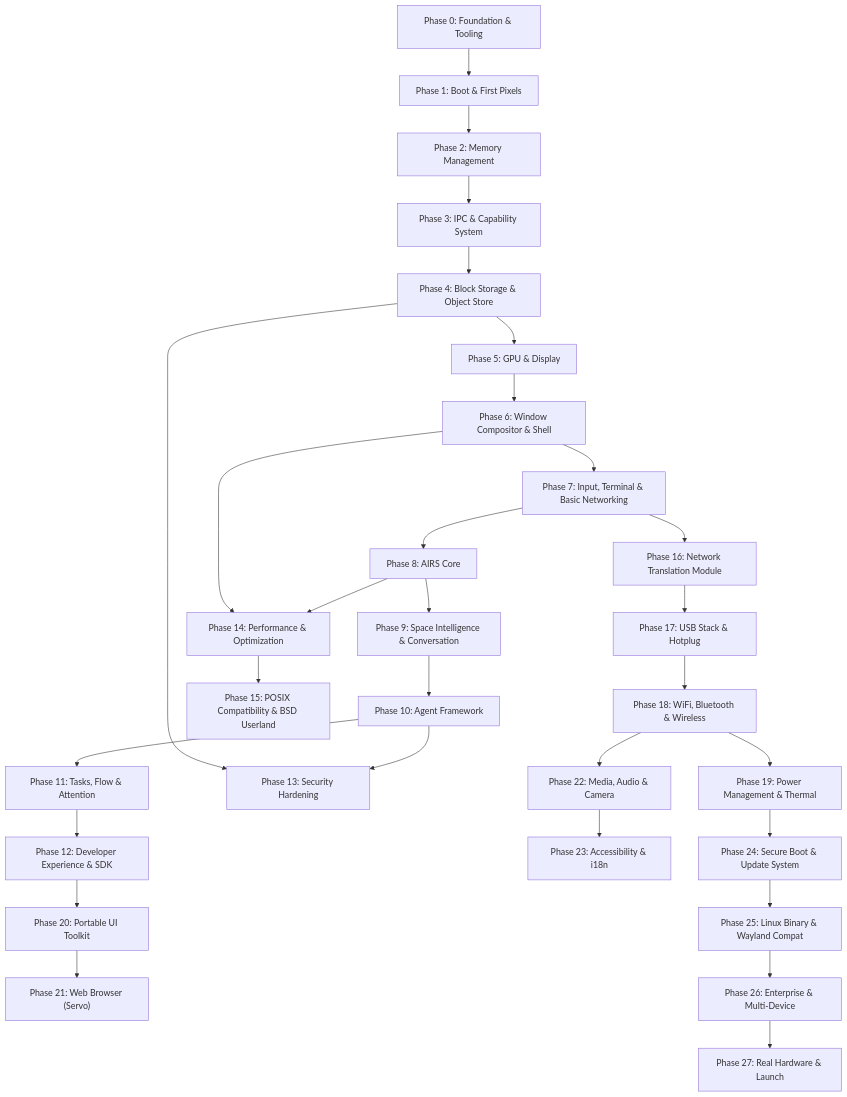
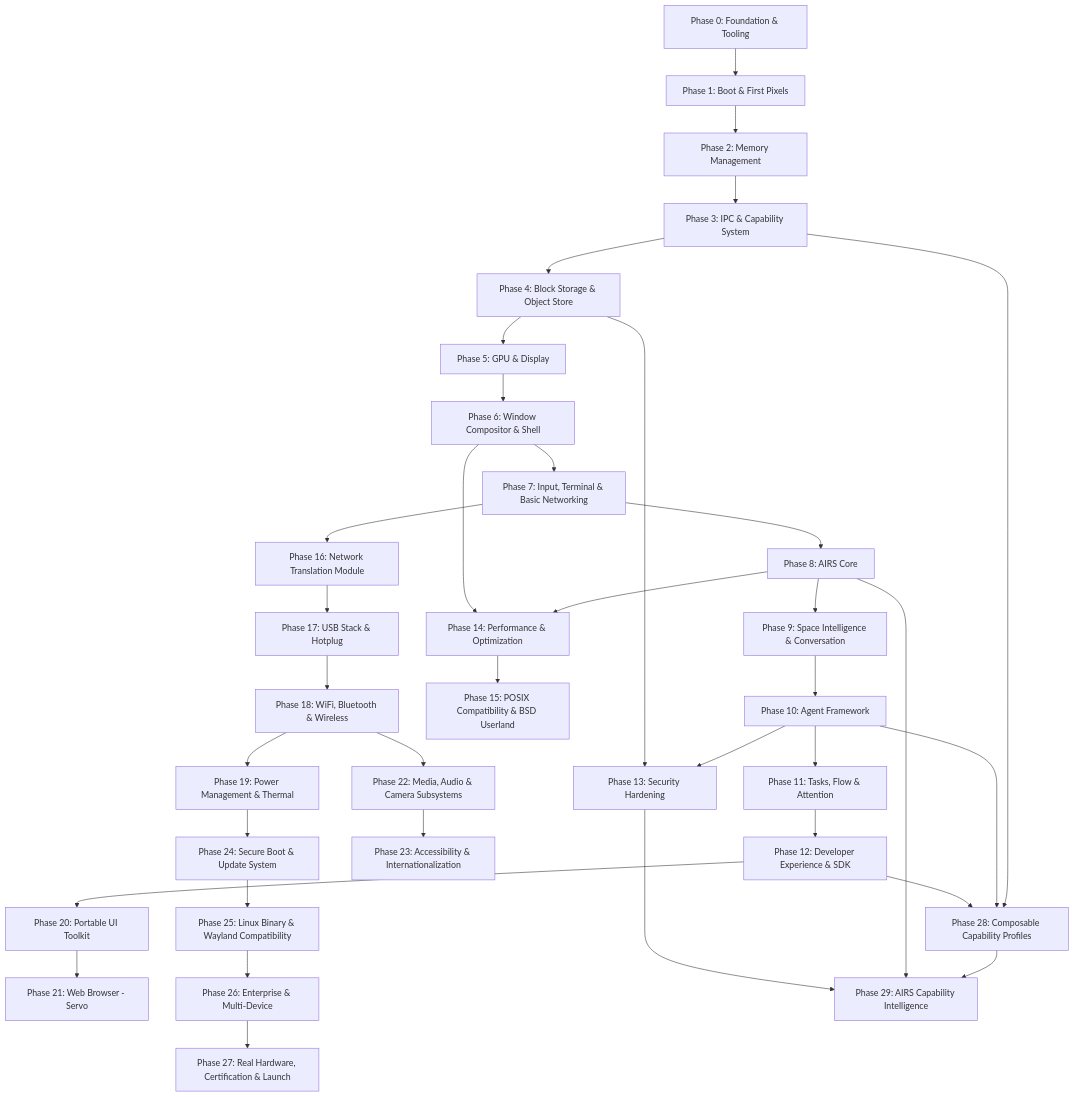
The second of 2 diagrams in docs/project/development-plan.md (juslee/aios), drawn with Mermaid before and after one commit. The commit also changed other lines of this file and 1 other file, not shown here.

Commit message:
Restore Mermaid v11 conversions and fix phase count to 30 (0-29)
- Restore v11 Mermaid diagrams in architecture.md and overview.md lost during rebase
- Convert development-plan.md tier table and dependency graph to Mermaid v11
- Fix "28 phases" → "30 phases" across all project docs
- Add Tier 8 (Phases 28-29) section to overview.md
- Fix HTML entities in Mermaid node labels (#40;/#41; for parens)

````diff
--- a/docs/project/development-plan.md
+++ b/docs/project/development-plan.md
@@ -61,45 +65,43 @@
 ```mermaid
 flowchart TD
-    P0["Phase 0: Foundation & Tooling"]
-    P1["Phase 1: Boot & First Pixels"]
-    P2["Phase 2: Memory Management"]
-    P3["Phase 3: IPC & Capability System"]
-    P4["Phase 4: Block Storage & Object Store"]
-    P5["Phase 5: GPU & Display"]
-    P6["Phase 6: Window Compositor & Shell"]
-    P7["Phase 7: Input, Terminal & Basic Networking"]
-    P8["Phase 8: AIRS Core"]
-    P9["Phase 9: Space Intelligence & Conversation"]
-    P10["Phase 10: Agent Framework"]
-    P11["Phase 11: Tasks, Flow & Attention"]
-    P12["Phase 12: Developer Experience & SDK"]
-    P13["Phase 13: Security Hardening"]
-    P14["Phase 14: Performance & Optimization"]
-    P15["Phase 15: POSIX Compatibility & BSD Userland"]
-    P16["Phase 16: Network Translation Module"]
-    P17["Phase 17: USB Stack & Hotplug"]
-    P18["Phase 18: WiFi, Bluetooth & Wireless"]
-    P19["Phase 19: Power Management & Thermal"]
-    P20["Phase 20: Portable UI Toolkit"]
-    P21["Phase 21: Web Browser (Servo)"]
-    P22["Phase 22: Media, Audio & Camera"]
-    P23["Phase 23: Accessibility & i18n"]
-    P24["Phase 24: Secure Boot & Update System"]
-    P25["Phase 25: Linux Binary & Wayland Compat"]
-    P26["Phase 26: Enterprise & Multi-Device"]
-    P27["Phase 27: Real Hardware & Launch"]
+    P0["Phase 0: Foundation & Tooling"] --> P1["Phase 1: Boot & First Pixels"]
+    P1 --> P2["Phase 2: Memory Management"]
+    P2 --> P3["Phase 3: IPC & Capability System"]
+    P3 --> P4["Phase 4: Block Storage & Object Store"]
+    P4 --> P5["Phase 5: GPU & Display"]
+    P5 --> P6["Phase 6: Window Compositor & Shell"]
+    P6 --> P7["Phase 7: Input, Terminal & Basic Networking"]
 
-    P0 --> P1 --> P2 --> P3 --> P4 --> P5 --> P6 --> P7
-    P7 --> P8
-    P8 --> P9 --> P10
-    P10 --> P11 --> P12
-    P10 --> P13
+    P7 --> P8["Phase 8: AIRS Core"]
+    P8 --> P9["Phase 9: Space Intelligence & Conversation"]
+    P9 --> P10["Phase 10: Agent Framework"]
+    P10 --> P11["Phase 11: Tasks, Flow & Attention"]
+    P11 --> P12["Phase 12: Developer Experience & SDK"]
+    P10 --> P13["Phase 13: Security Hardening"]
     P4 --> P13
-    P8 --> P14
+    P8 --> P14["Phase 14: Performance & Optimization"]
     P6 --> P14
-    P14 --> P15
-    P7 --> P16 --> P17 --> P18 --> P19
-    P12 --> P20 --> P21
-    P18 --> P22 --> P23
-    P19 --> P24 --> P25 --> P26 --> P27
+    P14 --> P15["Phase 15: POSIX Compatibility & BSD Userland"]
+
+    P7 --> P16["Phase 16: Network Translation Module"]
+    P16 --> P17["Phase 17: USB Stack & Hotplug"]
+    P17 --> P18["Phase 18: WiFi, Bluetooth & Wireless"]
+    P18 --> P19["Phase 19: Power Management & Thermal"]
+
+    P12 --> P20["Phase 20: Portable UI Toolkit"]
+    P20 --> P21["Phase 21: Web Browser - Servo"]
+    P18 --> P22["Phase 22: Media, Audio & Camera Subsystems"]
+    P22 --> P23["Phase 23: Accessibility & Internationalization"]
+
+    P19 --> P24["Phase 24: Secure Boot & Update System"]
+    P24 --> P25["Phase 25: Linux Binary & Wayland Compatibility"]
+    P25 --> P26["Phase 26: Enterprise & Multi-Device"]
+    P26 --> P27["Phase 27: Real Hardware, Certification & Launch"]
+
+    P3 --> P28["Phase 28: Composable Capability Profiles"]
+    P10 --> P28
+    P12 --> P28
+    P28 --> P29["Phase 29: AIRS Capability Intelligence"]
+    P8 --> P29
+    P13 --> P29
 ```
````
